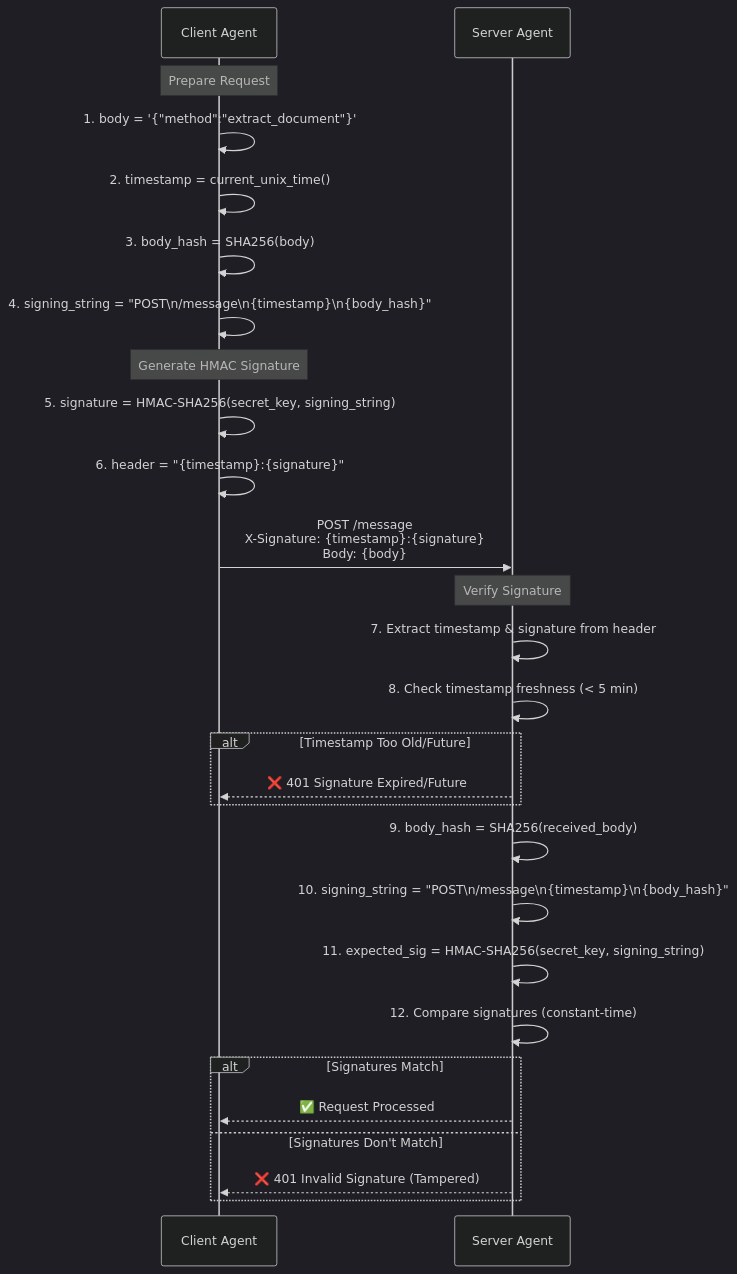
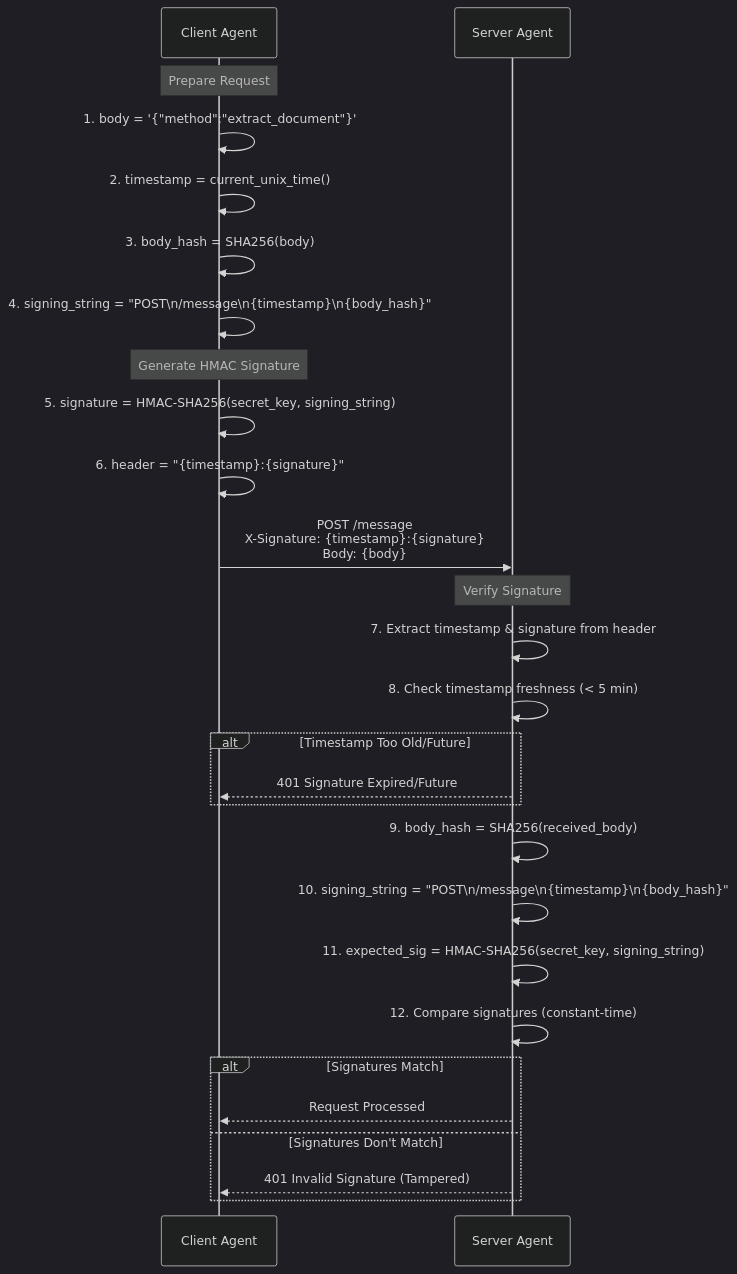
One commit to jaafar-benabderrazak/ca_a2a changed the eighth of 13 diagrams in A2A_PROTOCOL_SECURITY_TECHNICAL.md. Above: the diagram before and after it, drawn with Mermaid (dark theme). The commit also changed other lines of this file and 19 other files, not shown here.

````diff
--- a/A2A_PROTOCOL_SECURITY_TECHNICAL.md
+++ b/A2A_PROTOCOL_SECURITY_TECHNICAL.md
@@ -680,36 +680,36 @@
 ```mermaid
 sequenceDiagram
-    participant Client as Client Agent
-    participant Server as Server Agent
-    
-    Note over Client: Prepare Request
-    Client->>Client: 1. body = '{"method":"extract_document"}'
-    Client->>Client: 2. timestamp = current_unix_time()
-    Client->>Client: 3. body_hash = SHA256(body)
-    Client->>Client: 4. signing_string = "POST\n/message\n{timestamp}\n{body_hash}"
-    
-    Note over Client: Generate HMAC Signature
-    Client->>Client: 5. signature = HMAC-SHA256(secret_key, signing_string)
-    Client->>Client: 6. header = "{timestamp}:{signature}"
-    
-    Client->>Server: POST /message<br/>X-Signature: {timestamp}:{signature}<br/>Body: {body}
-    
-    Note over Server: Verify Signature
-    Server->>Server: 7. Extract timestamp & signature from header
-    Server->>Server: 8. Check timestamp freshness (< 5 min)
-    
-    alt Timestamp Too Old/Future
-        Server-->>Client: ❌ 401 Signature Expired/Future
-    end
-    
-    Server->>Server: 9. body_hash = SHA256(received_body)
-    Server->>Server: 10. signing_string = "POST\n/message\n{timestamp}\n{body_hash}"
-    Server->>Server: 11. expected_sig = HMAC-SHA256(secret_key, signing_string)
-    Server->>Server: 12. Compare signatures (constant-time)
-    
-    alt Signatures Match
-        Server-->>Client: ✅ Request Processed
-    else Signatures Don't Match
-        Server-->>Client: ❌ 401 Invalid Signature (Tampered)
-    end
+ participant Client as Client Agent
+ participant Server as Server Agent
+ 
+ Note over Client: Prepare Request
+ Client->>Client: 1. body = '{"method":"extract_document"}'
+ Client->>Client: 2. timestamp = current_unix_time()
+ Client->>Client: 3. body_hash = SHA256(body)
+ Client->>Client: 4. signing_string = "POST\n/message\n{timestamp}\n{body_hash}"
+ 
+ Note over Client: Generate HMAC Signature
+ Client->>Client: 5. signature = HMAC-SHA256(secret_key, signing_string)
+ Client->>Client: 6. header = "{timestamp}:{signature}"
+ 
+ Client->>Server: POST /message<br/>X-Signature: {timestamp}:{signature}<br/>Body: {body}
+ 
+ Note over Server: Verify Signature
+ Server->>Server: 7. Extract timestamp & signature from header
+ Server->>Server: 8. Check timestamp freshness (< 5 min)
+ 
+ alt Timestamp Too Old/Future
+ Server-->>Client: 401 Signature Expired/Future
+ end
+ 
+ Server->>Server: 9. body_hash = SHA256(received_body)
+ Server->>Server: 10. signing_string = "POST\n/message\n{timestamp}\n{body_hash}"
+ Server->>Server: 11. expected_sig = HMAC-SHA256(secret_key, signing_string)
+ Server->>Server: 12. Compare signatures (constant-time)
+ 
+ alt Signatures Match
+ Server-->>Client: Request Processed
+ else Signatures Don't Match
+ Server-->>Client: 401 Invalid Signature (Tampered)
+ end
 ```
````
